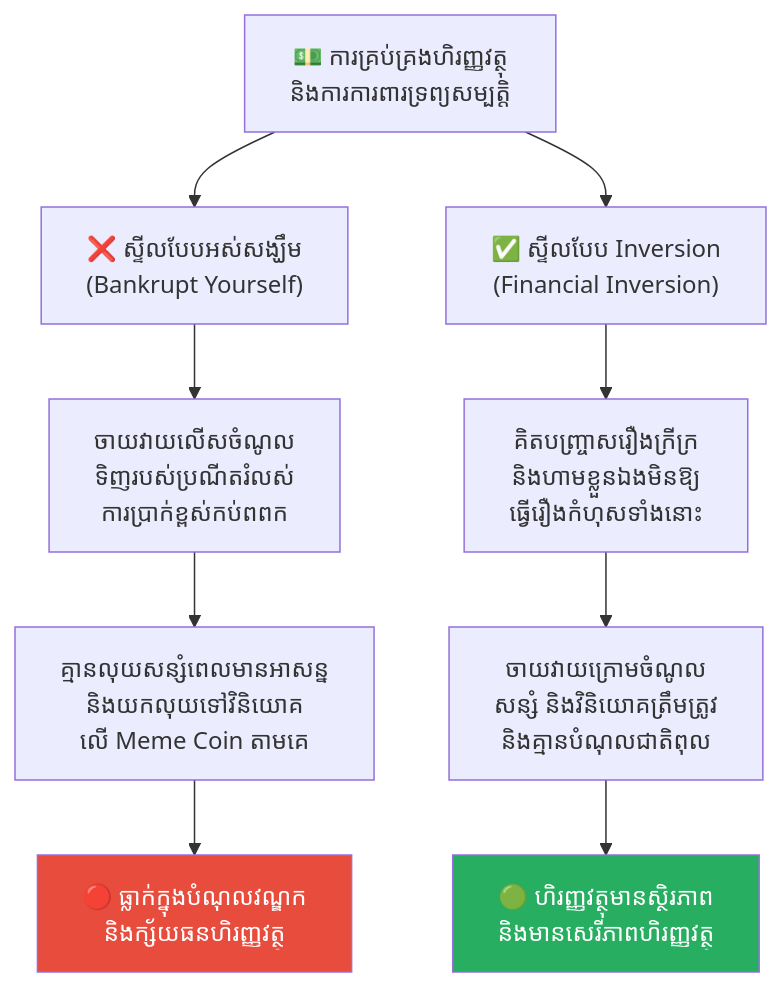
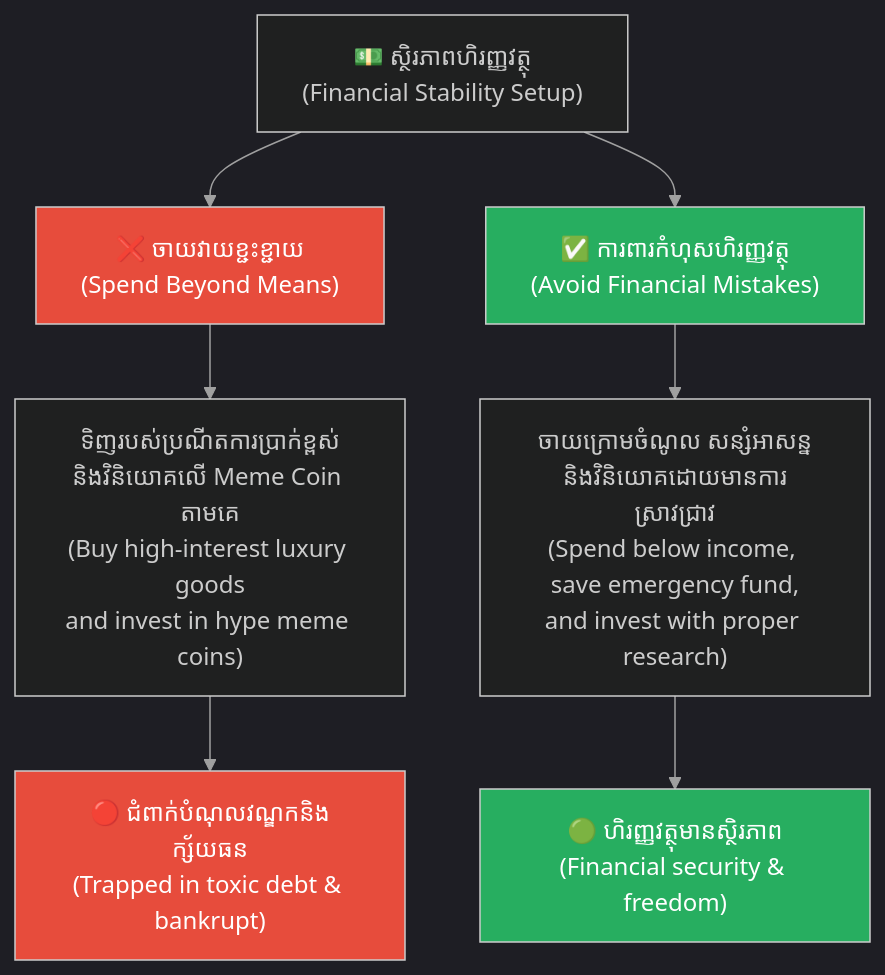
Before and after one commit to GuideStack/iblogger-feeds: the fifth of 5 diagrams in feeds/concepts/articles/09-inversion-principle.md, drawn with Mermaid. The commit also changed other lines of this file, not shown here.

Commit message:
docs: upgrade 09-inversion-principle.md to bilingual layout and styled diagrams

````diff
--- a/feeds/concepts/articles/09-inversion-principle.md
+++ b/feeds/concepts/articles/09-inversion-principle.md
@@ -187,16 +321,25 @@
 ```mermaid
+%%{init: {
+  'theme': 'dark',
+  'themeVariables': {
+    'background': '#1e1e1e',
+    'primaryTextColor': '#ffffff',
+    'lineColor': '#a0a0a0'
+  },
+  'themeCSS': 'svg { background-color: #1e1e1e !important; padding: 1rem !important; border-radius: 8px !important; } .edgeLabel rect { fill: #1e1e1e !important; } text, tspan { fill: #ffffff !important; }'
+}}%%
 graph TD
-    A["💵 ការគ្រប់គ្រងហិរញ្ញវត្ថុ<br/>និងការការពារទ្រព្យសម្បត្តិ"] --> B1["❌ ស្ទីលបែបអស់សង្ឃឹម<br/>(Bankrupt Yourself)"]
-    A --> B2["✅ ស្ទីលបែប Inversion<br/>(Financial Inversion)"]
-    
-    B1 --> C1["ចាយវាយលើសចំណូល<br/>ទិញរបស់ប្រណីតរំលស់<br/>ការប្រាក់ខ្ពស់កប់ពពក"]
-    C1 --> D1["គ្មានលុយសន្សំពេលមានអាសន្ន<br/>និងយកលុយទៅវិនិយោគ<br/>លើ Meme Coin តាមគេ"]
-    D1 --> E1["🔴 ធ្លាក់ក្នុងបំណុលវណ្ឌក<br/>និងក្ស័យធនហិរញ្ញវត្ថុ"]
-    
-    B2 --> C2["គិតបញ្ច្រាសរឿងក្រីក្រ<br/>និងហាមខ្លួនឯងមិនឱ្យ<br/>ធ្វើរឿងកំហុសទាំងនោះ"]
-    C2 --> D2["ចាយវាយក្រោមចំណូល<br/>សន្សំ និងវិនិយោគត្រឹមត្រូវ<br/>និងគ្មានបំណុលជាតិពុល"]
-    D2 --> E2["🟢 ហិរញ្ញវត្ថុមានស្ថិរភាព<br/>និងមានសេរីភាពហិរញ្ញវត្ថុ"]
+    A["💵 ស្ថិរភាពហិរញ្ញវត្ថុ<br/>(Financial Stability Setup)"] --> B1["❌ ចាយវាយខ្ជះខ្ជាយ<br/>(Spend Beyond Means)"]
+    A --> B2["✅ ការពារកំហុសហិរញ្ញវត្ថុ<br/>(Avoid Financial Mistakes)"]
 
-    style E1 fill:#e74c3c,color:#fff
-    style E2 fill:#27ae60,color:#fff
+    B1 --> C1["ទិញរបស់ប្រណីតការប្រាក់ខ្ពស់<br/>និងវិនិយោគលើ Meme Coin តាមគេ<br/>(Buy high-interest luxury goods<br/>and invest in hype meme coins)"]
+    C1 --> D1["🔴 ជំពាក់បំណុលវណ្ឌកនិងក្ស័យធន<br/>(Trapped in toxic debt & bankrupt)"]
+
+    B2 --> C2["ចាយក្រោមចំណូល សន្សំអាសន្ន<br/>និងវិនិយោគដោយមានការស្រាវជ្រាវ<br/>(Spend below income, save emergency fund,<br/>and invest with proper research)"]
+    C2 --> D2["🟢 ហិរញ្ញវត្ថុមានស្ថិរភាព<br/>(Financial security & freedom)"]
+
+    style B1 fill:#e74c3c,color:#fff
+    style B2 fill:#27ae60,color:#fff
+    style D1 fill:#e74c3c,color:#fff
+    style D2 fill:#27ae60,color:#fff
 ```
````
